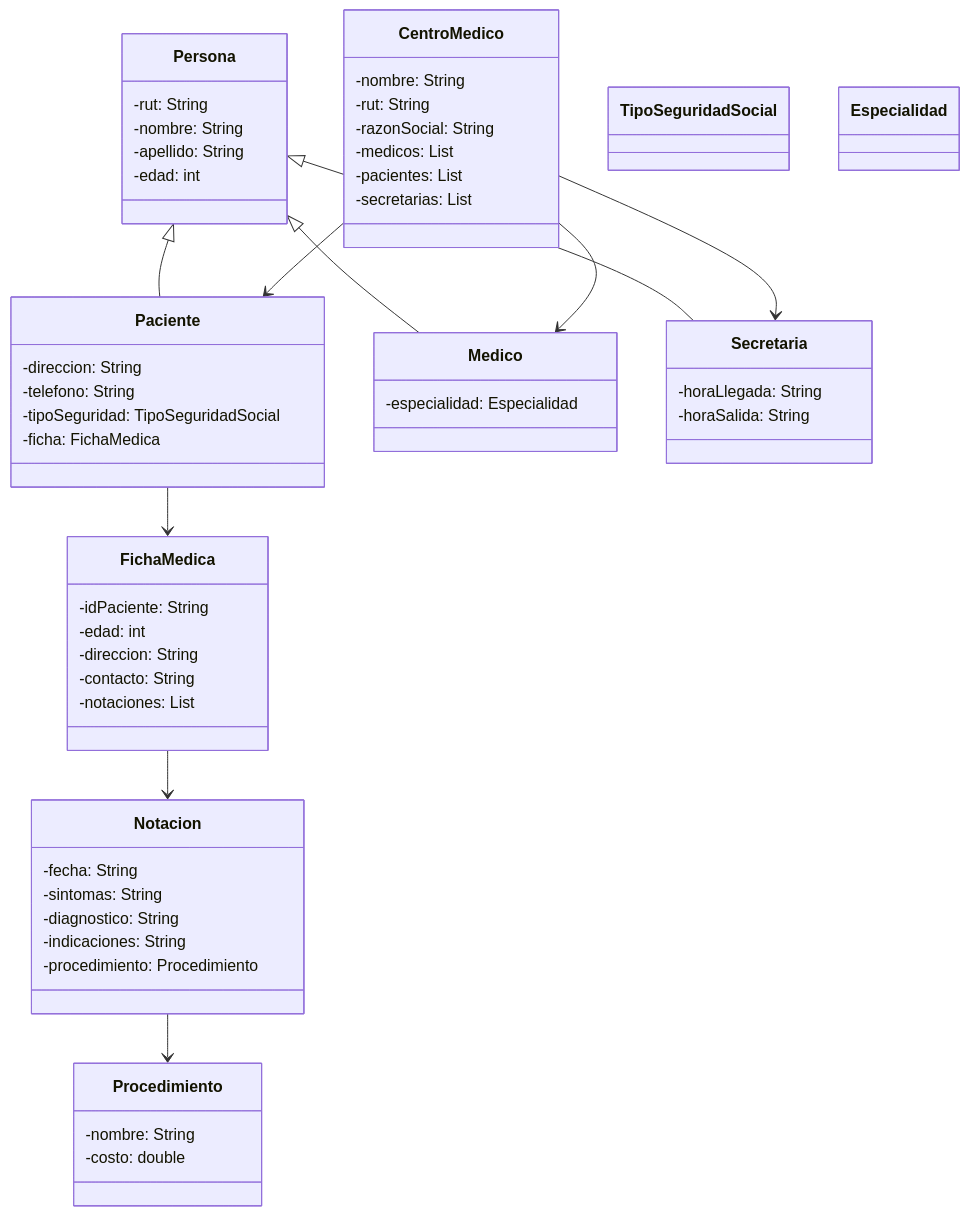
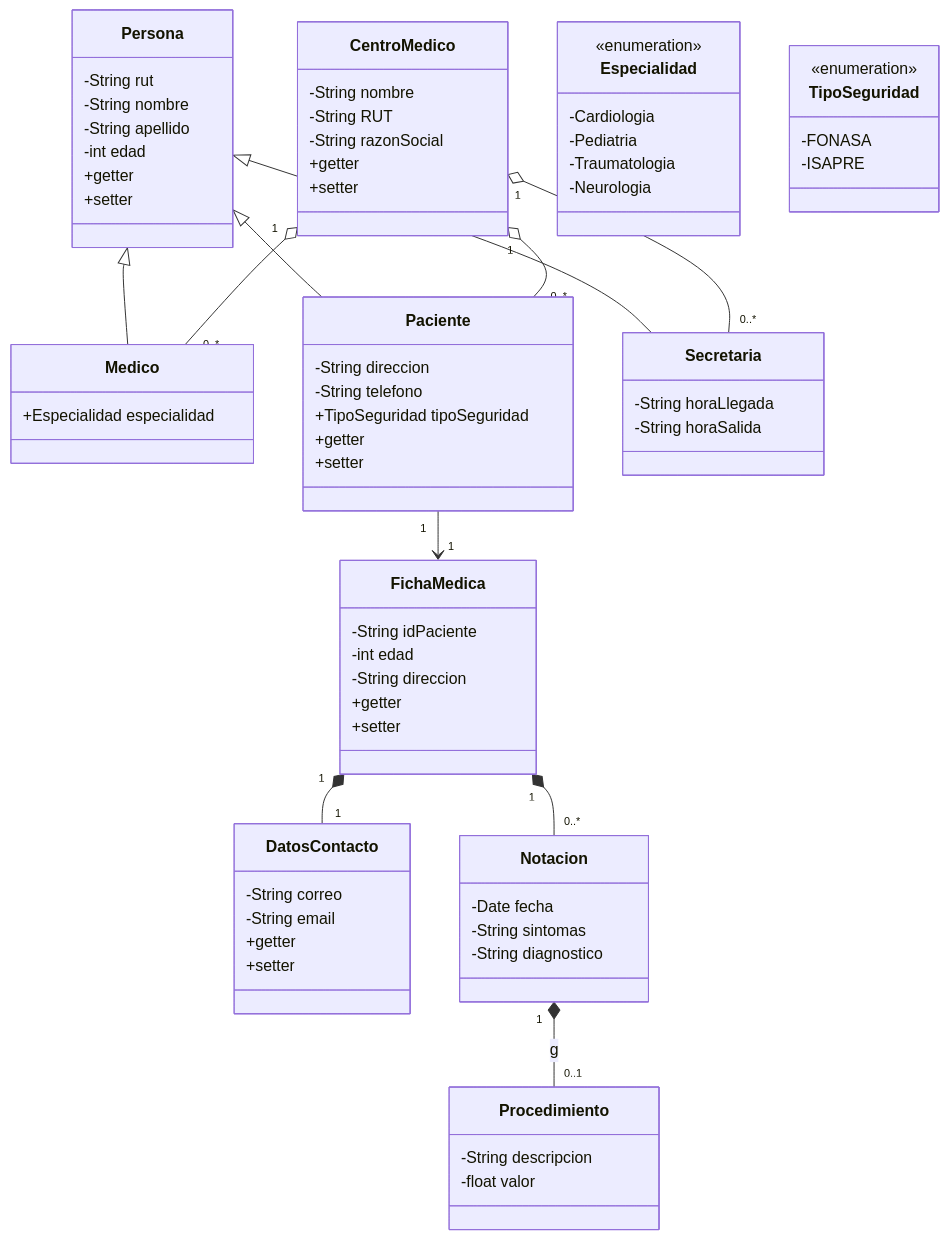
The diagram in diagram.mermaid (ChermanWest/proyecto-2-poo), drawn with Mermaid before and after one commit. The commit also changed 22 other files, not shown here.

```diff
--- a/diagram.mermaid
+++ b/diagram.mermaid
@@ -1,67 +1,82 @@
 classDiagram
+    %% Definición de la clase base Persona
     class Persona {
-        -rut: String
-        -nombre: String
-        -apellido: String
-        -edad: int
-    }
-
-    class Paciente {
-        -direccion: String
-        -telefono: String
-        -tipoSeguridad: TipoSeguridadSocial
-        -ficha: FichaMedica
-    }
-
-    class Medico {
-        -especialidad: Especialidad
-    }
-
-    class Secretaria {
-        -horaLlegada: String
-        -horaSalida: String
+        -String rut
+        -String nombre
+        -String apellido
+        -int edad
+        +getter
+        +setter
     }
 
     class CentroMedico {
-        -nombre: String
-        -rut: String
-        -razonSocial: String
-        -medicos: List
-        -pacientes: List
-        -secretarias: List
+        -String nombre
+        -String RUT
+        -String razonSocial
+        +getter
+        +setter
+    }
+    class Medico {
+        +Especialidad especialidad
+    }
+    class Paciente {
+        -String direccion
+        -String telefono
+        +TipoSeguridad tipoSeguridad
+        +getter
+        +setter
+    }
+    class Secretaria {
+        -String horaLlegada
+        -String horaSalida
+    }
+    class FichaMedica {
+        -String idPaciente
+        -int edad
+        -String direccion
+        +getter
+        +setter
+    }
+    class DatosContacto {
+        -String correo
+        -String email
+        +getter
+        +setter
+    }
+    class Notacion {
+        -Date fecha
+        -String sintomas
+        -String diagnostico
+    }
+    class Procedimiento {
+        -String descripcion
+        -float valor
     }
 
-    class FichaMedica {
-        -idPaciente: String
-        -edad: int
-        -direccion: String
-        -contacto: String
-        -notaciones: List
+    %% Enumerados
+    class Especialidad {
+        <<enumeration>>
+        -Cardiologia
+        -Pediatria
+        -Traumatologia
+        -Neurologia
+    }
+    class TipoSeguridad {
+        <<enumeration>>
+        -FONASA
+        -ISAPRE
     }
 
-    class Notacion {
-        -fecha: String
-        -sintomas: String
-        -diagnostico: String
-        -indicaciones: String
-        -procedimiento: Procedimiento
-    }
-
-    class Procedimiento {
-        -nombre: String
-        -costo: double
-    }
-
-    class TipoSeguridadSocial
-    class Especialidad
-
+    %% Relaciones: herencia, asociación y composición
+    Persona <|-- Medico
     Persona <|-- Paciente
-    Persona <|-- Medico
     Persona <|-- Secretaria
 
-    Paciente --> FichaMedica
-    FichaMedica --> Notacion
-    Notacion --> Procedimiento
-    CentroMedico --> Medico
-    CentroMedico --> Paciente
-    CentroMedico --> Secretaria
+    CentroMedico "1" o-- "0..*" Medico       : 
+    CentroMedico "1" o-- "0..*" Paciente     : 
+    CentroMedico "1" o-- "0..*" Secretaria   : 
+
+    Paciente    "1" --> "1" FichaMedica      : 
+    FichaMedica "1" *-- "1" DatosContacto   : 
+    FichaMedica "1" *-- "0..*" Notacion      : 
+    Notacion    "1" *-- "0..1" Procedimiento : g
```
